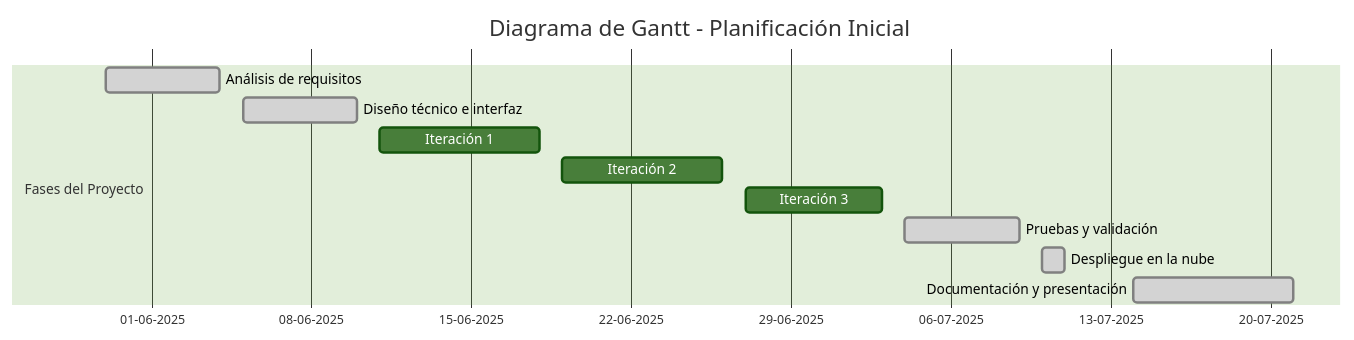
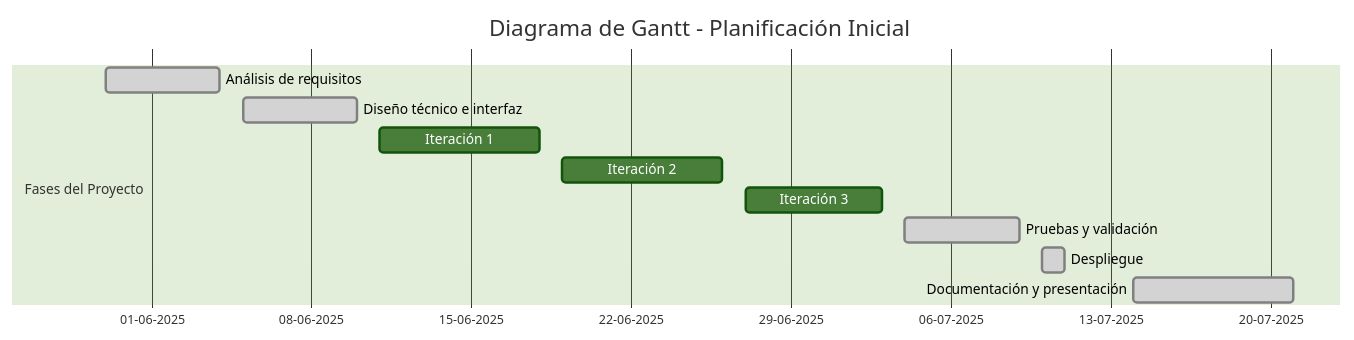
The third of 5 diagrams in README.md (b4391co/ProyectoDaw), drawn with Mermaid (forest theme) before and after one commit. The commit also changed other lines of this file, not shown here.

````diff
--- a/README.md
+++ b/README.md
@@ -92,16 +92,16 @@
 ```mermaid
 gantt
     title Diagrama de Gantt - Planificación Inicial
     dateFormat  YYYY-MM-DD
     axisFormat  %d-%m-%Y
 
     section Fases del Proyecto
     Análisis de requisitos        :done, 2025-05-30, 2025-06-04
     Diseño técnico e interfaz     :done, 2025-06-05, 2025-06-10
     Iteración 1: Backend y API    :done, 2025-06-11, 2025-06-18
     Iteración 2: Frontend y filtros :done, 2025-06-19, 2025-06-26
     Iteración 3: Exportación y UI :done, 2025-06-27, 2025-07-03
     Pruebas y validación          :done, 2025-07-04, 2025-07-09
-    Despliegue en la nube         :done, 2025-07-10, 2025-07-11
+    Despliegue                    :done, 2025-07-10, 2025-07-11
     Documentación y presentación  :done, 2025-07-14, 2025-07-21
 ```
````
